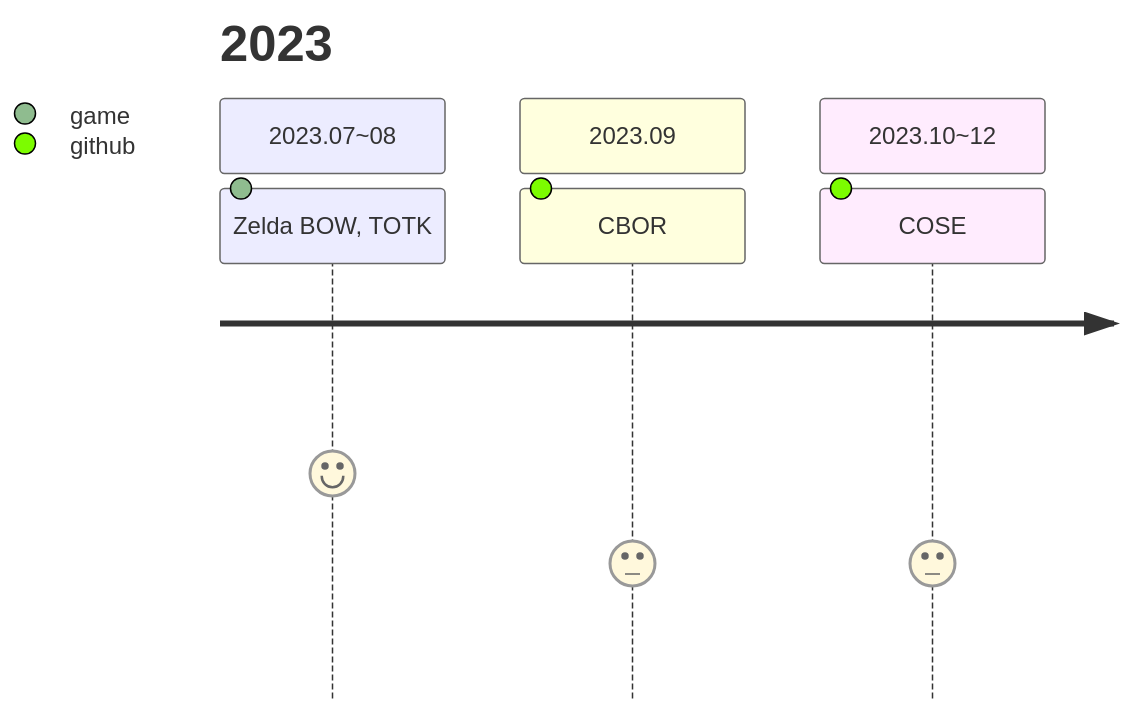
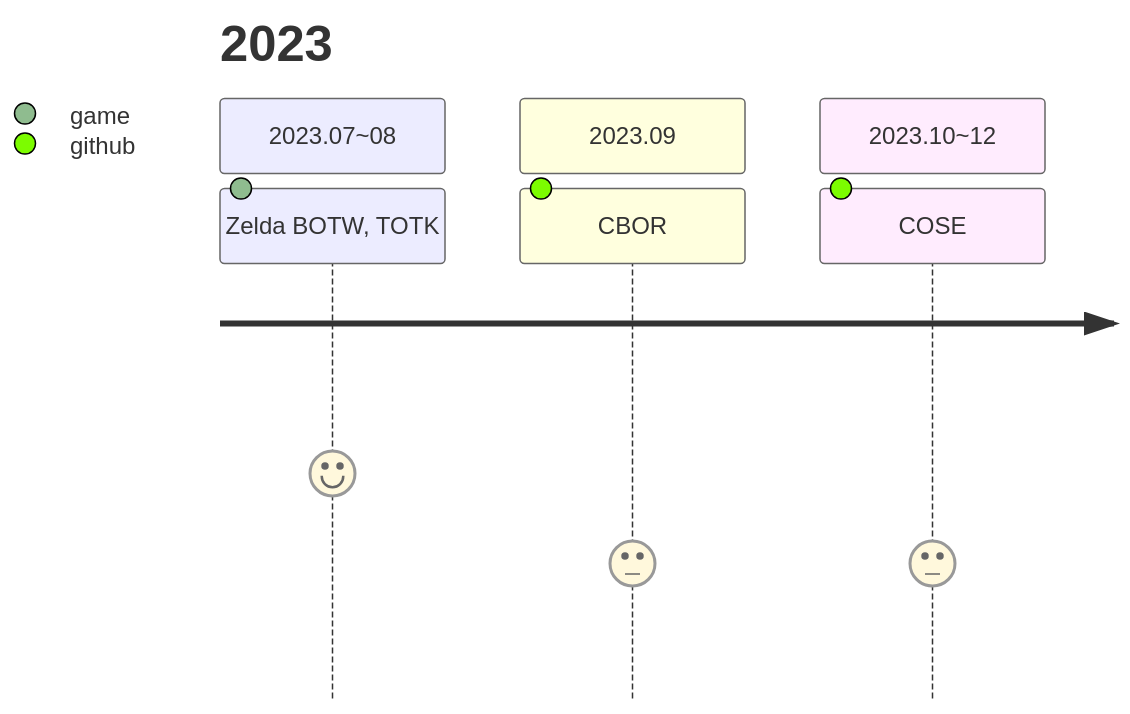
The fourth of 4 diagrams in DEVNOTES.md (princeb612/hotplace), drawn with Mermaid before and after one commit. The commit also changed other lines of this file and 42 other files, not shown here.

````diff
--- a/DEVNOTES.md
+++ b/DEVNOTES.md
@@ -286,10 +283,10 @@
 ```mermaid
 journey
   title 2023
   section 2023.07~08
-    Zelda BOW, TOTK:5:game
+    Zelda BOTW, TOTK:5:game
   section 2023.09
     CBOR:3:github
   section 2023.10~12
     COSE:3:github
 ```
````
